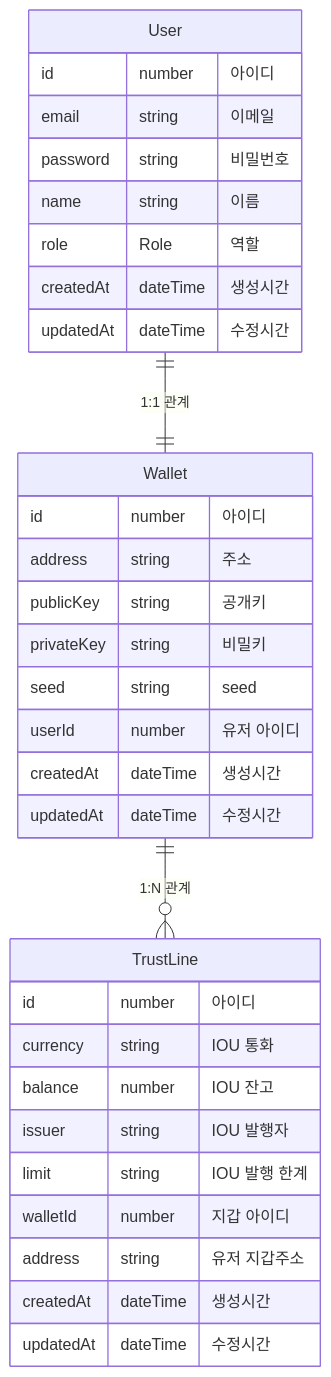
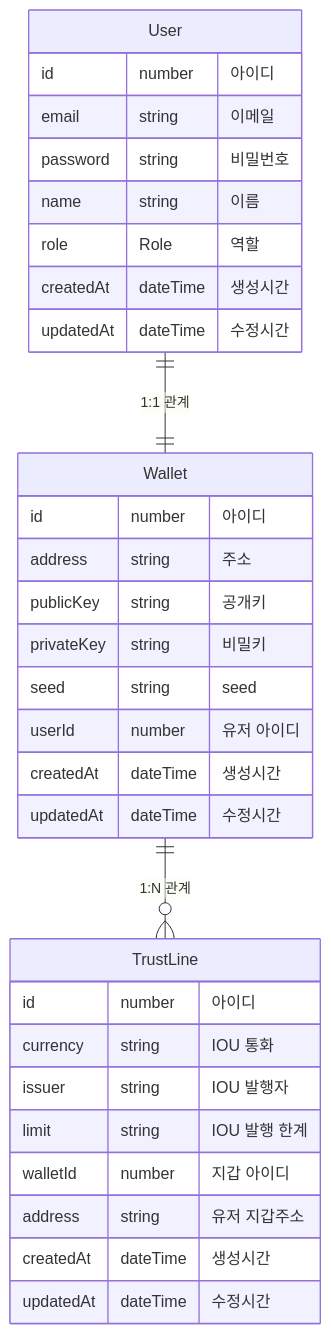
One commit to diydriller/xrpay-server changed the first of 5 diagrams in docs/erd.md. Above: the diagram before and after it, drawn with Mermaid. The commit also changed other lines of this file and 1 other file, not shown here.

````diff
--- a/docs/erd.md
+++ b/docs/erd.md
@@ -3,38 +3,37 @@
 ```mermaid
 erDiagram
 	User {
 	    id number "아이디"
         email string "이메일"
         password string "비밀번호"    
         name string "이름"
         role Role "역할"
         createdAt dateTime "생성시간"
         updatedAt dateTime "수정시간"
     }
  
 	Wallet {
 	    id number "아이디"  
 	    address string "주소"
         publicKey  string "공개키"
         privateKey string "비밀키"
         seed string "seed"
         userId number "유저 아이디"     
         createdAt dateTime "생성시간"
         updatedAt dateTime "수정시간"
 	}
   
     TrustLine {
         id number "아이디"    
         currency string "IOU 통화"
-        balance number "IOU 잔고"
         issuer string "IOU 발행자"   
         limit string "IOU 발행 한계"     
         walletId number "지갑 아이디"
         address string "유저 지갑주소"  
         createdAt dateTime "생성시간"
         updatedAt dateTime "수정시간"
     }
   
     User||--||Wallet : "1:1 관계"
     Wallet||--o{TrustLine : "1:N 관계"
 ```
````
